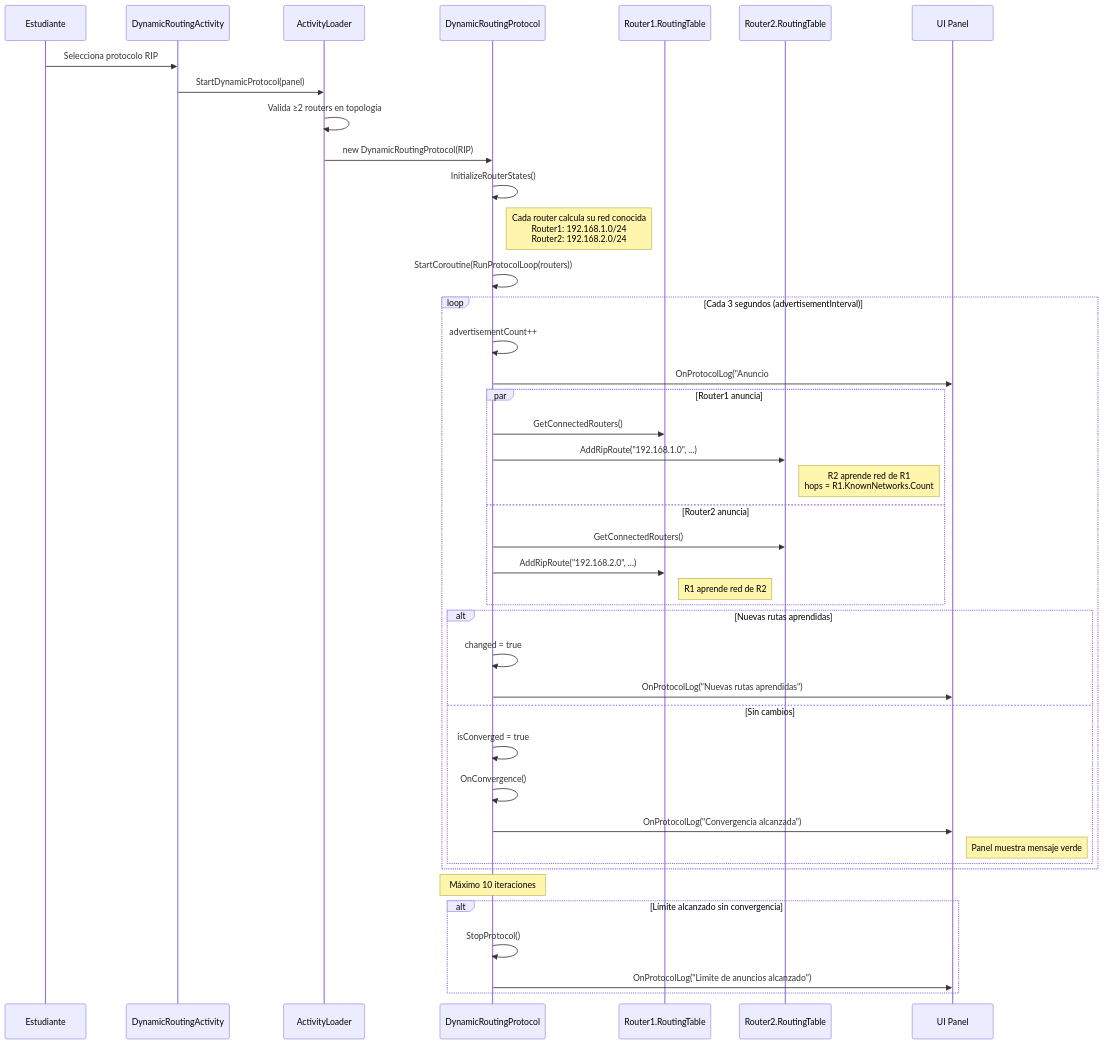
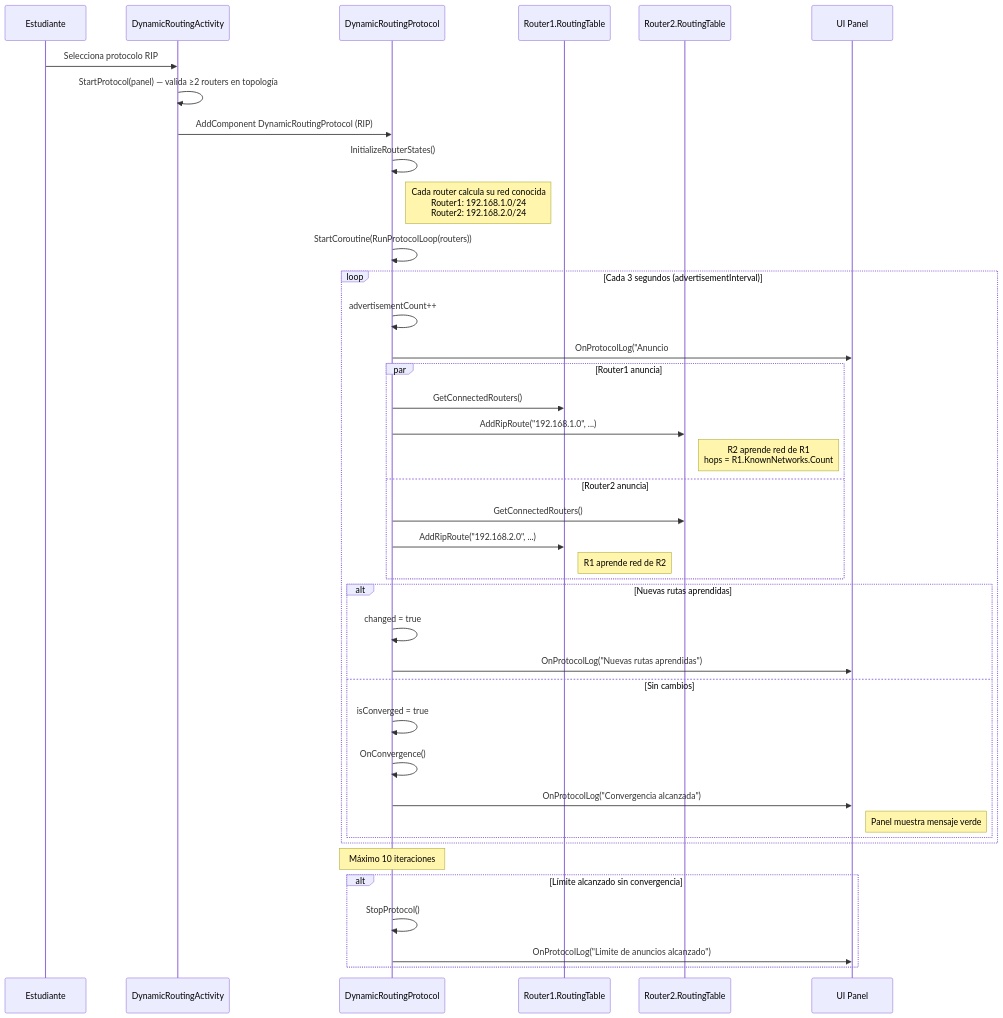
Before and after one commit to Josmarinr/ProyectoGI_SimuladorRedesIDEUM: the first of 2 diagrams in docs/diagrams/mermaid/13-sequence-dynamic-routing.md, drawn with Mermaid. The commit also changed other lines of this file and 28 other files, not shown here.

````diff
--- a/docs/diagrams/mermaid/13-sequence-dynamic-routing.md
+++ b/docs/diagrams/mermaid/13-sequence-dynamic-routing.md
@@ -5,50 +5,48 @@
 ```mermaid
 sequenceDiagram
     participant Student as Estudiante
     participant Act as DynamicRoutingActivity
-    participant AL as ActivityLoader
     participant DRP as DynamicRoutingProtocol
     participant R1 as Router1.RoutingTable
     participant R2 as Router2.RoutingTable
     participant Panel as UI Panel
 
     Student->>Act: Selecciona protocolo RIP
-    Act->>AL: StartDynamicProtocol(panel)
-    AL->>AL: Valida ≥2 routers en topología
-    AL->>DRP: new DynamicRoutingProtocol(RIP)
+    Act->>Act: StartProtocol(panel) — valida ≥2 routers en topología
+    Act->>DRP: AddComponent DynamicRoutingProtocol (RIP)
     DRP->>DRP: InitializeRouterStates()
     Note right of DRP: Cada router calcula su red conocida<br/>Router1: 192.168.1.0/24<br/>Router2: 192.168.2.0/24
     DRP->>DRP: StartCoroutine(RunProtocolLoop(routers))
 
     loop Cada 3 segundos (advertisementInterval)
         DRP->>DRP: advertisementCount++
         DRP->>Panel: OnProtocolLog("Anuncio #N...")
 
         par Router1 anuncia
             DRP->>R1: GetConnectedRouters()
             DRP->>R2: AddRipRoute("192.168.1.0", ...)
             Note right of R2: R2 aprende red de R1<br/>hops = R1.KnownNetworks.Count
         and Router2 anuncia
             DRP->>R2: GetConnectedRouters()
             DRP->>R1: AddRipRoute("192.168.2.0", ...)
             Note right of R1: R1 aprende red de R2
         end
 
         alt Nuevas rutas aprendidas
             DRP->>DRP: changed = true
             DRP->>Panel: OnProtocolLog("Nuevas rutas aprendidas")
         else Sin cambios
             DRP->>DRP: isConverged = true
             DRP->>DRP: OnConvergence()
             DRP->>Panel: OnProtocolLog("Convergencia alcanzada")
             Note right of Panel: Panel muestra mensaje verde
         end
     end
 
     Note over DRP: Máximo 10 iteraciones
 
     alt Límite alcanzado sin convergencia
         DRP->>DRP: StopProtocol()
         DRP->>Panel: OnProtocolLog("Limite de anuncios alcanzado")
     end
 ```
````
